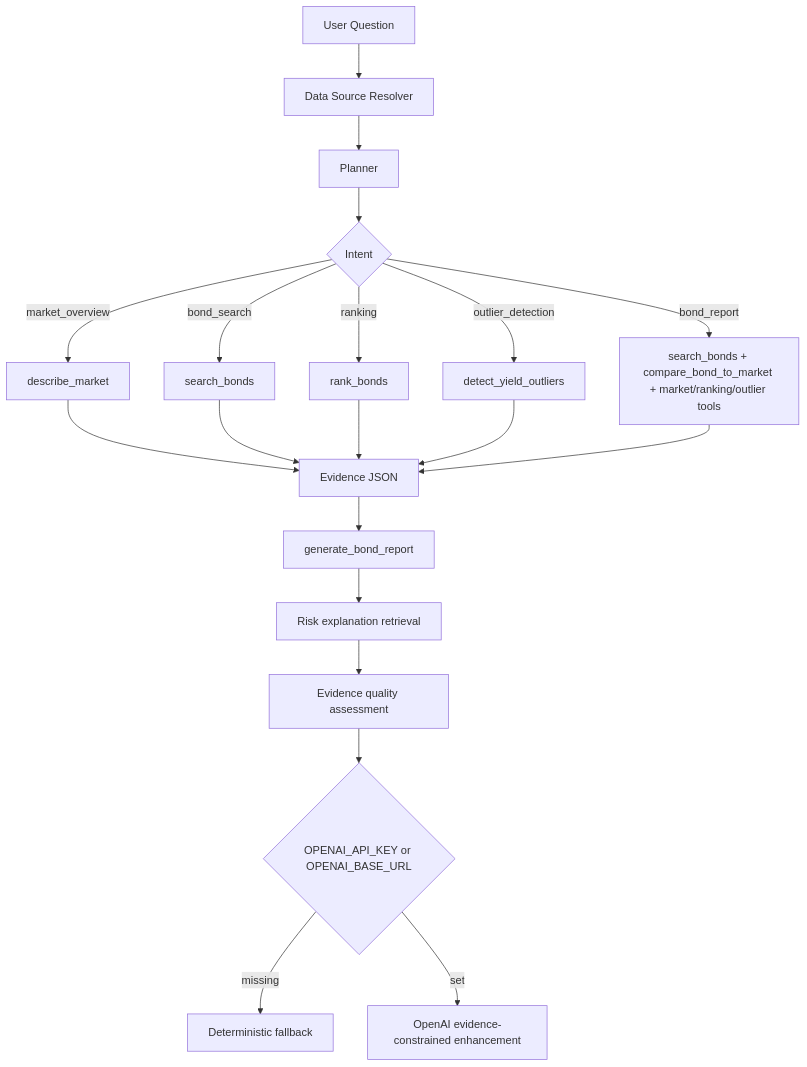
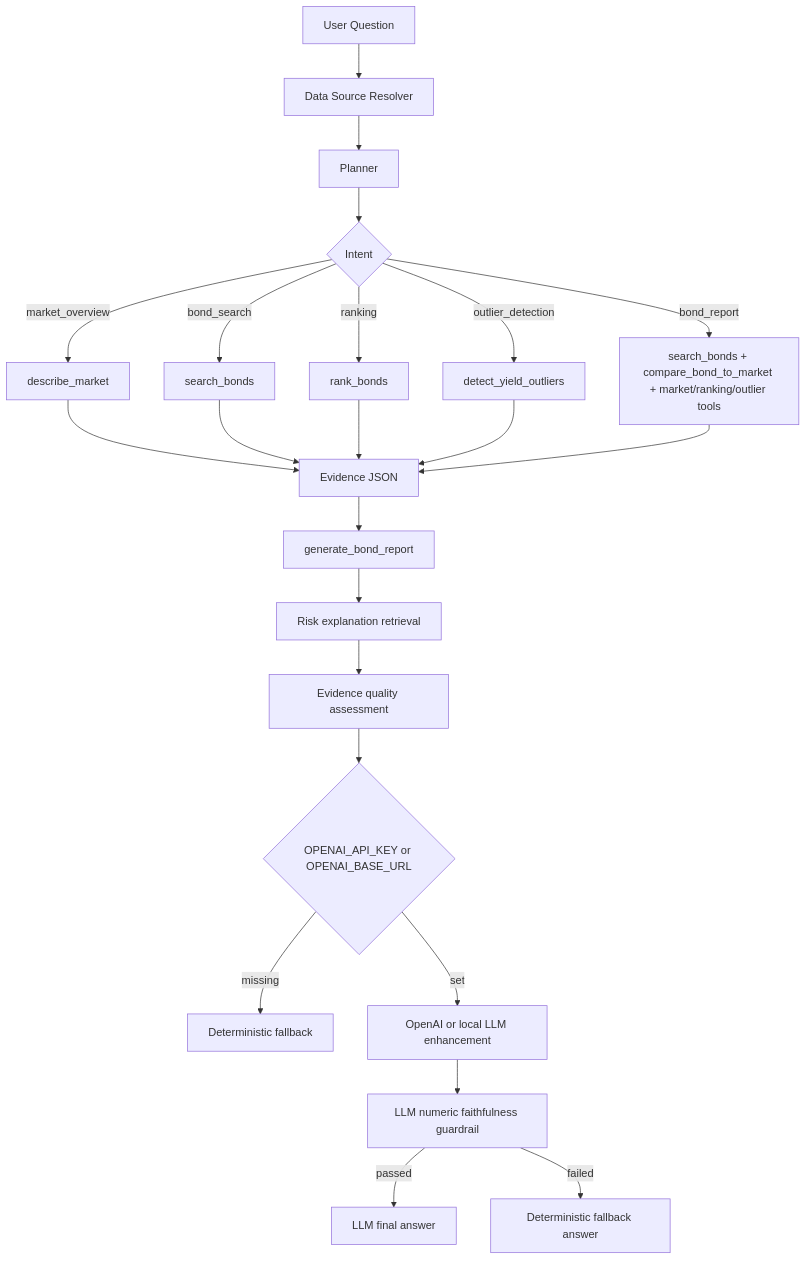
Before and after one commit to Phoenix0531-sudo/bondlens-ai: the diagram in README.md, drawn with Mermaid. The commit also changed other lines of this file and 6 other files, not shown here.

Commit message:
Add LLM faithfulness guardrail

````diff
--- a/README.md
+++ b/README.md
@@ -66,22 +68,25 @@
 ```mermaid
 flowchart TD
     A[User Question] --> B[Data Source Resolver]
     B --> C[Planner]
     C --> D{Intent}
     D -->|market_overview| E[describe_market]
     D -->|bond_search| F[search_bonds]
     D -->|ranking| G[rank_bonds]
     D -->|outlier_detection| H[detect_yield_outliers]
     D -->|bond_report| I[search_bonds + compare_bond_to_market + market/ranking/outlier tools]
     E --> J[Evidence JSON]
     F --> J
     G --> J
     H --> J
     I --> J
     J --> K[generate_bond_report]
     K --> L[Risk explanation retrieval]
     L --> M[Evidence quality assessment]
     M --> N{OPENAI_API_KEY or OPENAI_BASE_URL}
     N -->|missing| O[Deterministic fallback]
-    N -->|set| P[OpenAI evidence-constrained enhancement]
+    N -->|set| P[OpenAI or local LLM enhancement]
+    P --> Q[LLM numeric faithfulness guardrail]
+    Q -->|passed| R[LLM final answer]
+    Q -->|failed| S[Deterministic fallback answer]
 ```
````
